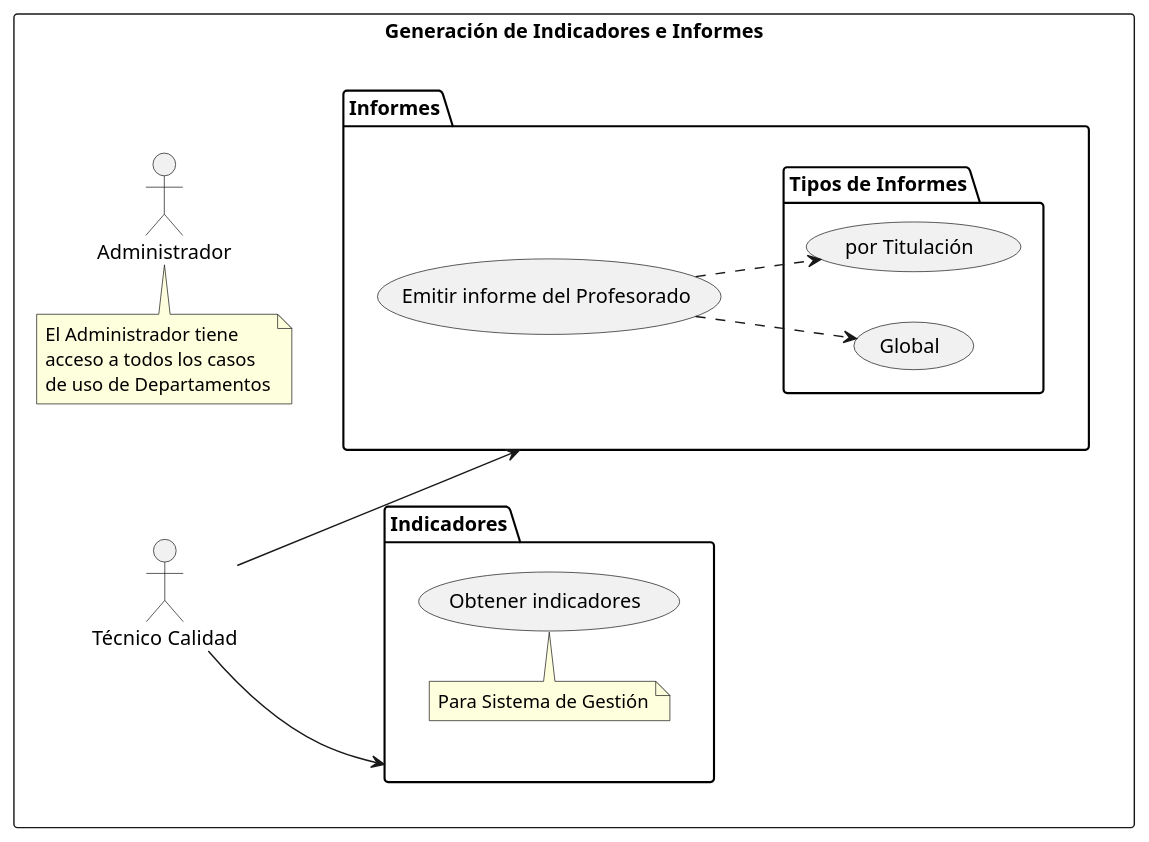
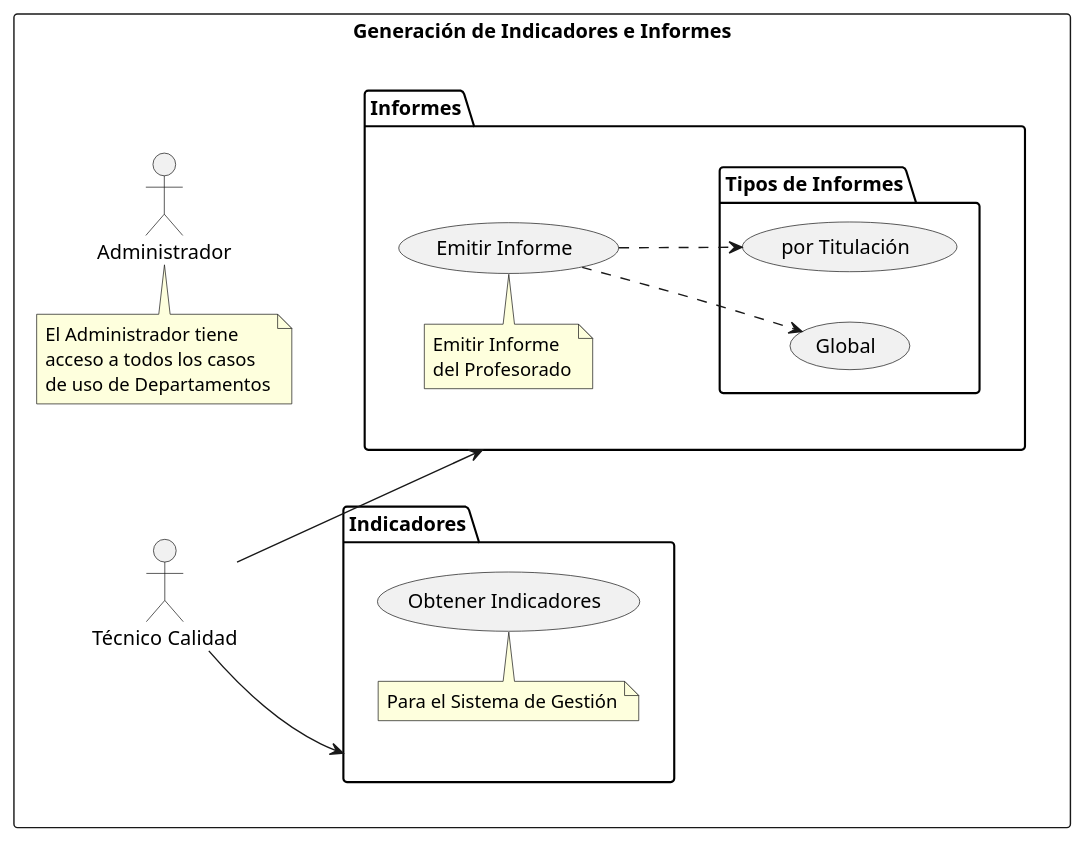
One commit to mmasias/24-25-IdSw1-SDR changed the diagram in modelosUML/CdU/IndicadoresInformes.puml. Above: the diagram before and after it, drawn with PlantUML. The commit also changed 18 other files, not shown here.

Commit message:
ajustes en la nomenclatura y formato de los casos de uso, eliminación de archivo obsoleto

```diff
--- a/modelosUML/CdU/IndicadoresInformes.puml
+++ b/modelosUML/CdU/IndicadoresInformes.puml
@@ -1,37 +1,41 @@
 @startuml
 left to right direction
 
 package "Generación de Indicadores e Informes" {
-    actor "Técnico Calidad" as tec
-    actor "Administrador" as admin
-  
-    rectangle "Generación de Indicadores e Informes" {
-      package "Indicadores" as indicadores {
-        usecase "Obtener indicadores"
-        note top of "Obtener indicadores"
-           Para Sistema de Gestión
-        end note
-      }
-      
-      package "Informes" as informes {
-        usecase "Emitir informe del Profesorado" as emitirInforme
-        package "Tipos de Informes" {
-          usecase "por Titulación" as titulacion
-          usecase "Global" as global
-        }
-      }
+  actor "Técnico Calidad" as tec
+  actor "Administrador" as admin
+
+  rectangle "Generación de Indicadores e Informes" {
+    package "Indicadores" as indicadores {
+      usecase "Obtener Indicadores" as obtenerIndicadores
+      note top of obtenerIndicadores
+        Para el Sistema de Gestión
+      end note
     }
 
-    emitirInforme ..> titulacion
-    emitirInforme ..> global
+    package "Informes" as informes {
+      usecase "Emitir Informe" as emitirInforme
+      package "Tipos de Informes" {
+        usecase "por Titulación" as titulacion
+        usecase "Global" as global
+      }
+      note top of emitirInforme
+        Emitir Informe
+        del Profesorado
+      end note
+    }
+  }
 
-    tec --> indicadores
-    tec --> informes
+  emitirInforme ..> titulacion
+  emitirInforme ..> global
 
-    note top of admin
-      El Administrador tiene
-      acceso a todos los casos
-      de uso de Departamentos
-    end note
+  tec --> indicadores
+  tec --> informes
+
+  note top of admin
+    El Administrador tiene
+    acceso a todos los casos
+    de uso de Departamentos
+  end note
 }
 @enduml
```
